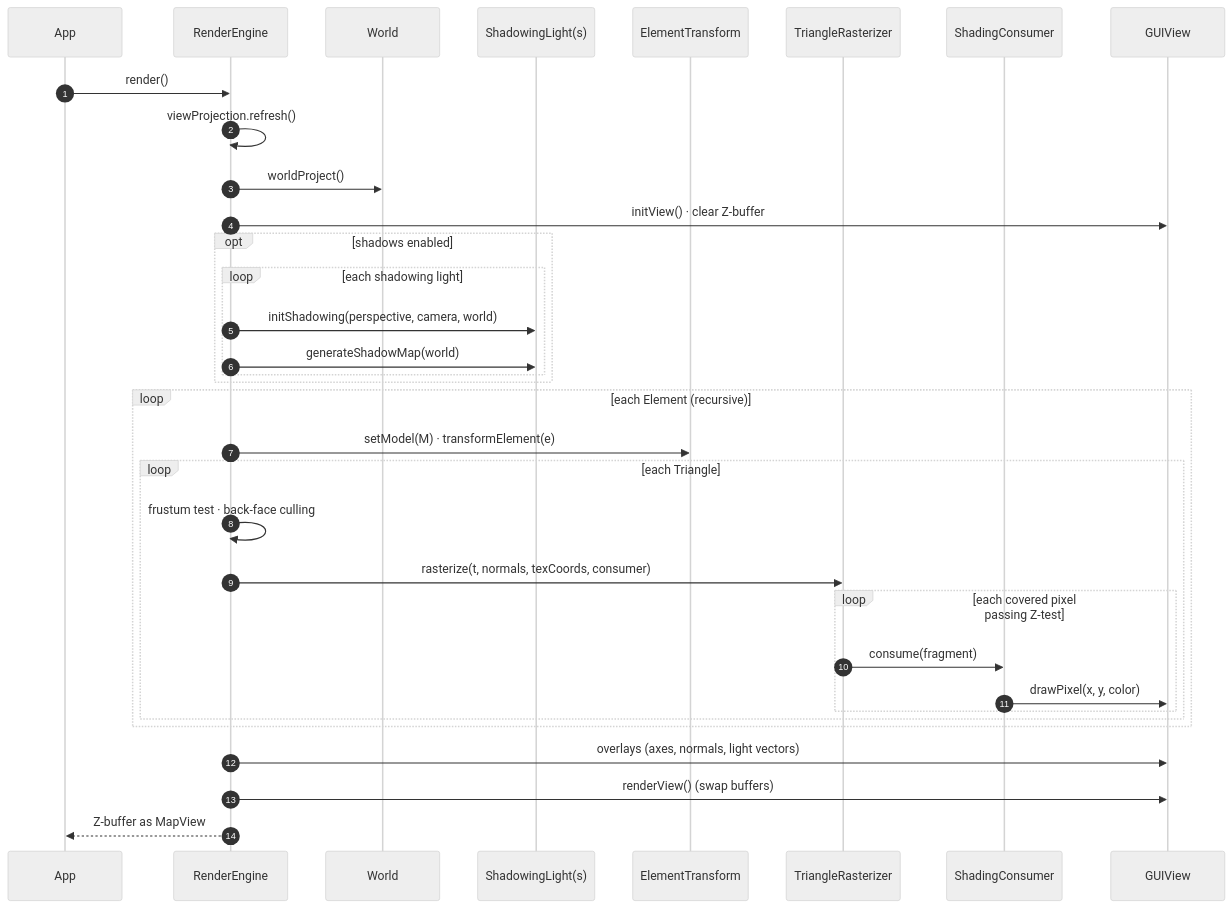
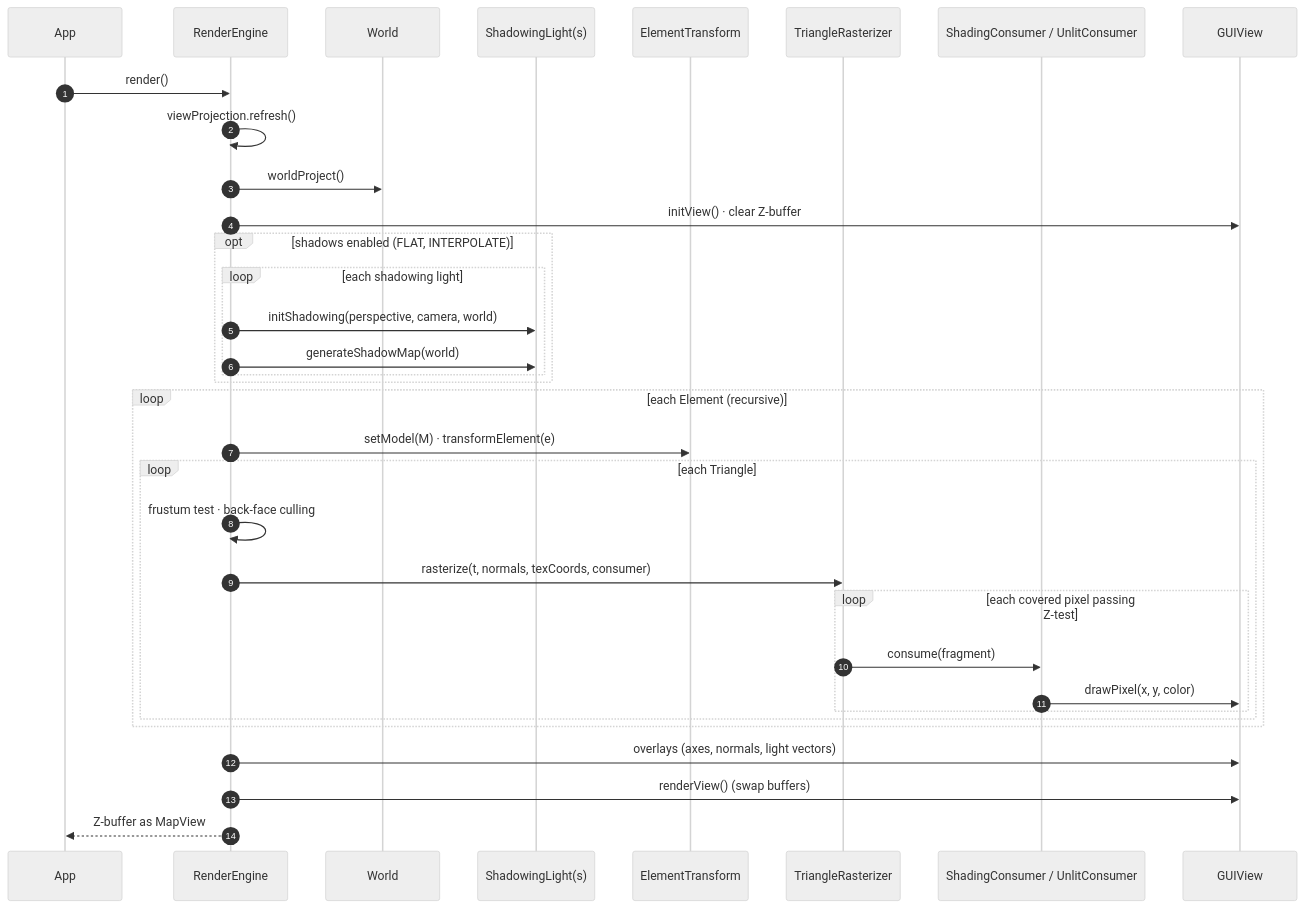
One commit to obarry/Aventura changed the eighth of 20 diagrams in docs/DESIGN.md. Above: the diagram before and after it, drawn with Mermaid (neutral theme). The commit also changed other lines of this file and 1 other file, not shown here.

````diff
--- a/docs/DESIGN.md
+++ b/docs/DESIGN.md
@@ -267,37 +267,37 @@
 ```mermaid
 sequenceDiagram
     autonumber
     participant App
     participant RE as RenderEngine
     participant W as World
     participant SL as ShadowingLight(s)
     participant ET as ElementTransform
     participant TR as TriangleRasterizer
-    participant SC as ShadingConsumer
+    participant SC as ShadingConsumer / UnlitConsumer
     participant V as GUIView
 
     App->>RE: render()
     RE->>RE: viewProjection.refresh()
     RE->>W: worldProject()
     RE->>V: initView() · clear Z-buffer
-    opt shadows enabled
+    opt shadows enabled (FLAT, INTERPOLATE)
         loop each shadowing light
             RE->>SL: initShadowing(perspective, camera, world)
             RE->>SL: generateShadowMap(world)
         end
     end
     loop each Element (recursive)
         RE->>ET: setModel(M) · transformElement(e)
         loop each Triangle
             RE->>RE: frustum test · back-face culling
             RE->>TR: rasterize(t, normals, texCoords, consumer)
             loop each covered pixel passing Z-test
                 TR->>SC: consume(fragment)
                 SC->>V: drawPixel(x, y, color)
             end
         end
     end
     RE->>V: overlays (axes, normals, light vectors)
     RE->>V: renderView()  (swap buffers)
     RE-->>App: Z-buffer as MapView
 ```
````
